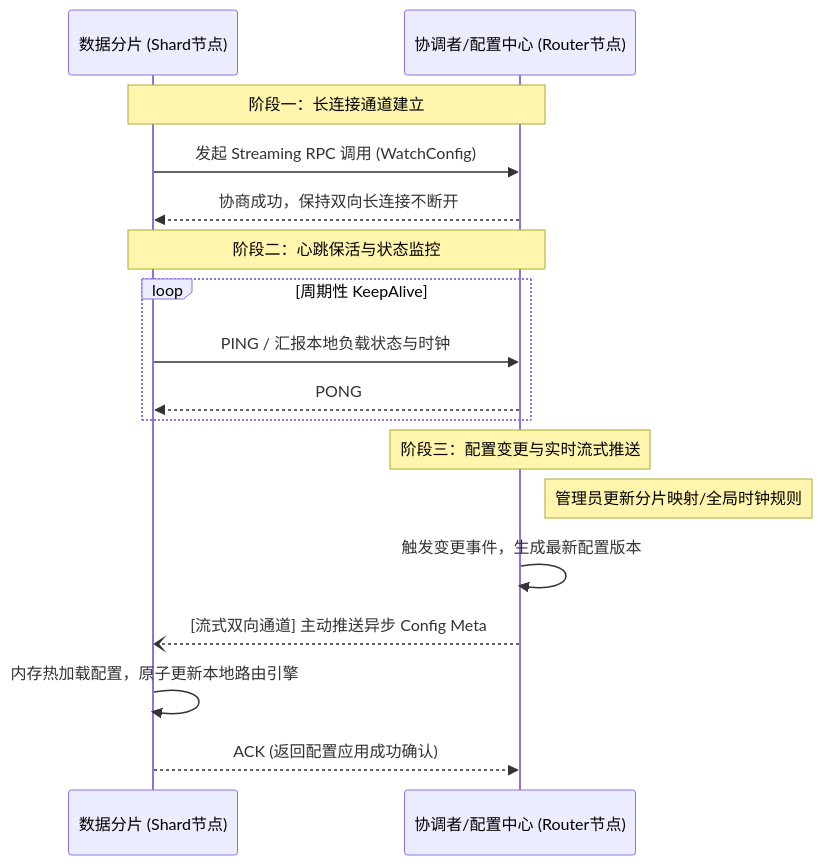
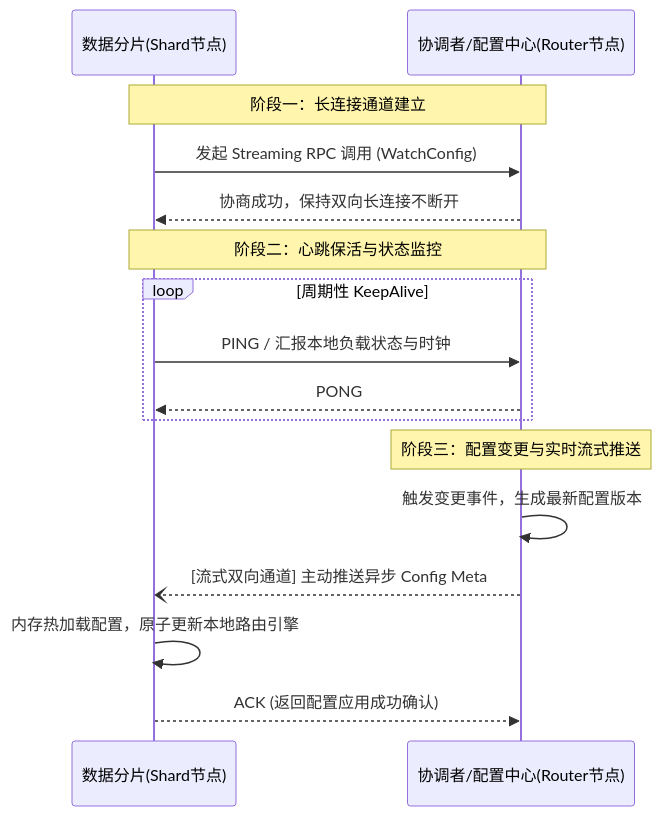
One commit to ZhangJihua0327/master-thesis changed the diagram in figures/mmd/long-conn.mmd. Above: the diagram before and after it, drawn with Mermaid. The commit also changed 10 other files, not shown here.

```diff
--- a/figures/mmd/long-conn.mmd
+++ b/figures/mmd/long-conn.mmd
@@ -1,21 +1,39 @@
-%%{init: {'theme': 'default', 'themeVariables': {'fontSize': '23px', 'noteFontSize': '21px'}}}%%
+%%{init: {
+'theme': 'default',
+'themeVariables': {
+'fontSize': '25px',
+'fontFamily': 'sans-serif, Arial',
+'actorFontSize': '25px',
+'messageFontSize': '25px',
+'noteFontSize': '23px'
+},
+'sequence': {
+'messageMargin': 2,      // 箭头行间距 → 更小
+'noteMargin': 2,         // Note 块上下间距 → 更小
+'actorMargin': 20,       // 最顶部参与者间距压缩
+'boxMargin': 3,          // 文字到边框内边距压到最小（不撑高）
+'loopMargin': 2,         // loop 内部间距极度压缩（关键！压高度）
+'bottomMarginAdj': 0,    // 去掉底部空白
+'topMarginAdj': 0,       // 去掉顶部多余空白
+'maxWidth': 900          // 宽度完全固定不变
+}
+}}%%
 sequenceDiagram
-    participant Shard as 数据分片 (Shard节点)
-    participant Router as 协调者/配置中心 (Router节点)
+    participant Shard as 数据分片(Shard节点)
+    participant Router as 协调者/配置中心(Router节点)
 
     Note over Shard, Router: 阶段一：长连接通道建立
     Shard->>Router: 发起 Streaming RPC 调用 (WatchConfig)
     Router-->>Shard: 协商成功，保持双向长连接不断开
 
     Note over Shard, Router: 阶段二：心跳保活与状态监控
     loop 周期性 KeepAlive
         Shard->>Router: PING / 汇报本地负载状态与时钟
         Router-->>Shard: PONG
     end
 
     Note over Router: 阶段三：配置变更与实时流式推送
-    Note right of Router: 管理员更新分片映射/全局时钟规则
     Router->>Router: 触发变更事件，生成最新配置版本
     Router--)Shard: [流式双向通道] 主动推送异步 Config Meta
     Shard->>Shard: 内存热加载配置，原子更新本地路由引擎
     Shard-->>Router: ACK (返回配置应用成功确认)
```
